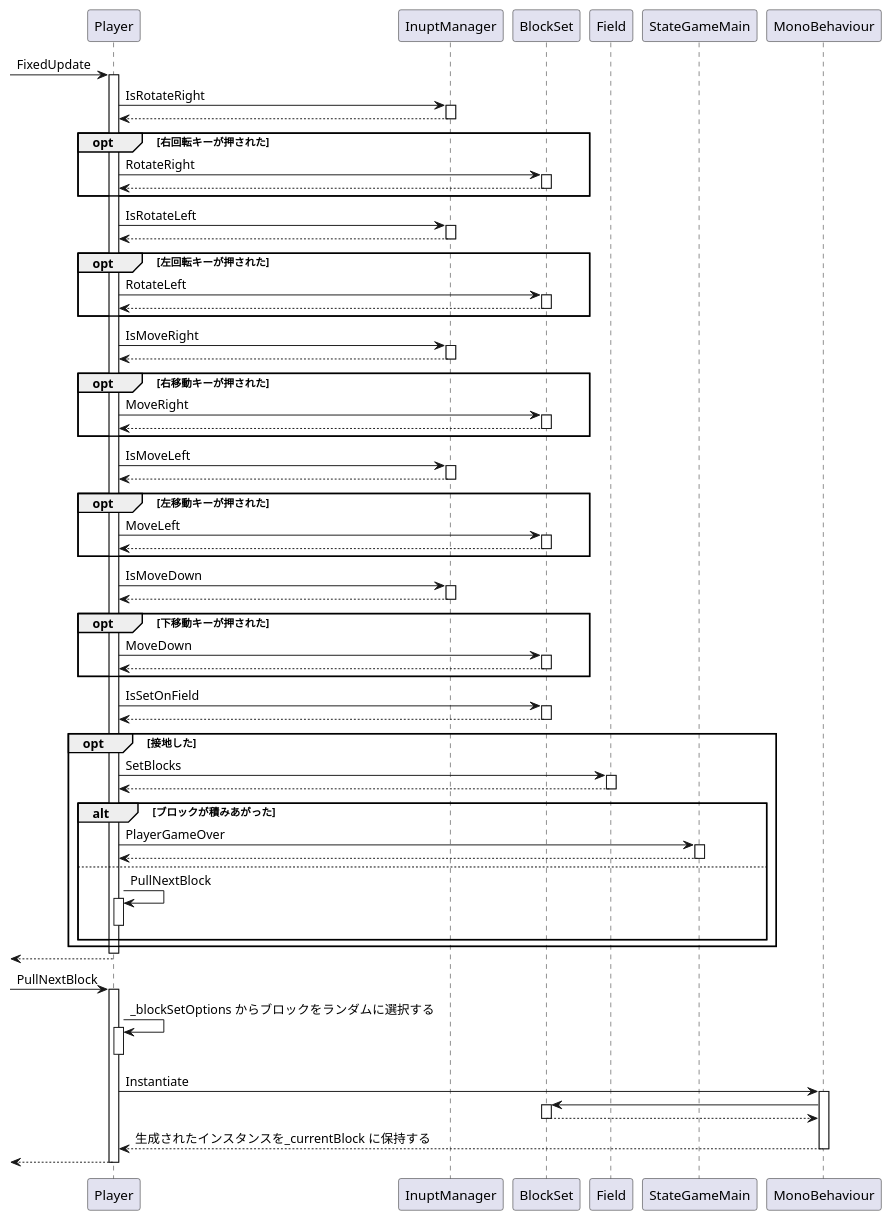
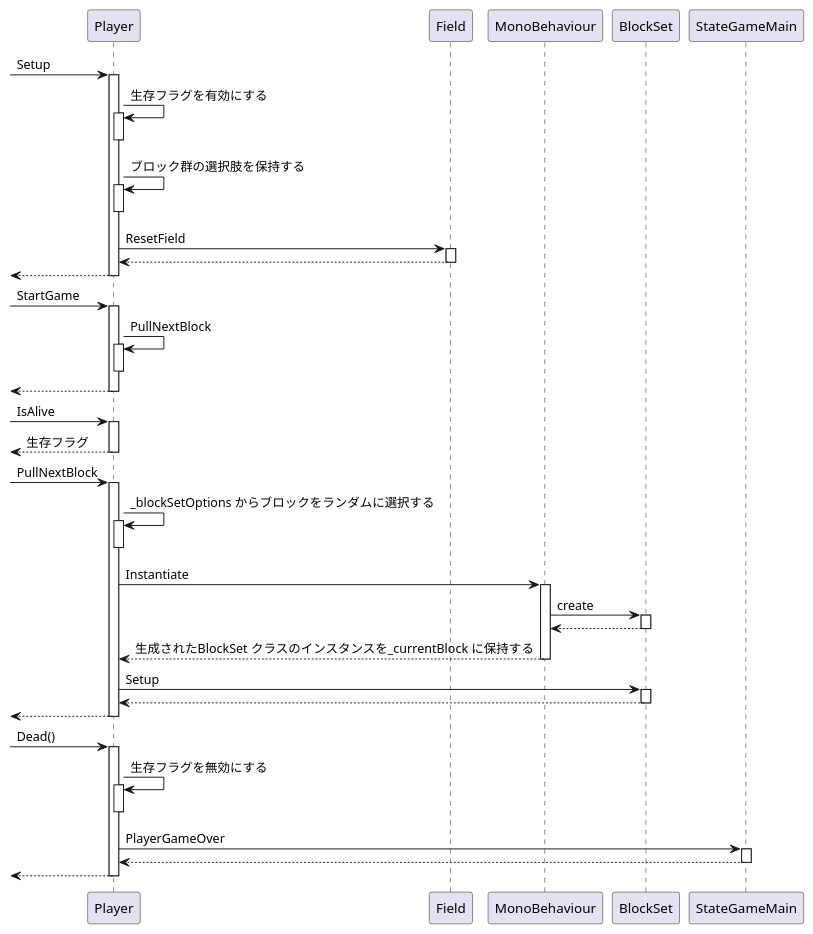
Before and after one commit to azarashin/UnityTetris: the diagram in Documents/PlantUML/SD_Player.pu, drawn with PlantUML. The commit also changed 7 other files, not shown here.

Commit message:
設計図を更新・修正。

```diff
--- a/Documents/PlantUML/SD_Player.pu
+++ b/Documents/PlantUML/SD_Player.pu
@@ -1,97 +1,65 @@
 @startuml
 
+[-> Player : Setup
+activate Player
+    Player -> Player : 生存フラグを有効にする
+    activate Player
+    deactivate Player
+    Player -> Player : ブロック群の選択肢を保持する
+    activate Player
+    deactivate Player
+    Player -> Field : ResetField
+    activate Field
+        Player <-- Field
+    deactivate Field
+    [<-- Player
+deactivate Player
 
-[-> Player : FixedUpdate
+[-> Player : StartGame
 activate Player
-    Player -> InuptManager : IsRotateRight
-    activate InuptManager
-        Player <-- InuptManager
-    deactivate InuptManager
-    opt 右回転キーが押された
-        Player -> BlockSet : RotateRight
-        activate BlockSet
-            Player <-- BlockSet
-        deactivate BlockSet
-    end
-    Player -> InuptManager : IsRotateLeft
-    activate InuptManager
-        Player <-- InuptManager
-    deactivate InuptManager
-    opt 左回転キーが押された
-        Player -> BlockSet : RotateLeft
-        activate BlockSet
-            Player <-- BlockSet
-        deactivate BlockSet
-    end
-    Player -> InuptManager : IsMoveRight
-    activate InuptManager
-        Player <-- InuptManager
-    deactivate InuptManager
-    opt 右移動キーが押された
-        Player -> BlockSet : MoveRight
-        activate BlockSet
-            Player <-- BlockSet
-        deactivate BlockSet
-    end
-    Player -> InuptManager : IsMoveLeft
-    activate InuptManager
-        Player <-- InuptManager
-    deactivate InuptManager
-    opt 左移動キーが押された
-        Player -> BlockSet : MoveLeft
-        activate BlockSet
-            Player <-- BlockSet
-        deactivate BlockSet
-    end
-    Player -> InuptManager : IsMoveDown
-    activate InuptManager
-        Player <-- InuptManager
-    deactivate InuptManager
-    opt 下移動キーが押された
-        Player -> BlockSet : MoveDown
-        activate BlockSet
-            Player <-- BlockSet
-            deactivate BlockSet
-    end
+    Player -> Player : PullNextBlock
+    activate Player
+    deactivate Player
+    [<-- Player
+deactivate Player
 
-    Player -> BlockSet : IsSetOnField
-    activate BlockSet
-        Player <-- BlockSet
-    deactivate BlockSet
-    opt 接地した
-        Player -> Field : SetBlocks
-        activate Field
-            Player <-- Field
-        deactivate Field
-        alt ブロックが積みあがった
-            Player -> StateGameMain : PlayerGameOver
-            activate StateGameMain
-                Player <-- StateGameMain
-            deactivate StateGameMain
-        else
-            Player -> Player : PullNextBlock
-            activate Player
-            deactivate Player
-        end
+[-> Player : IsAlive
+activate Player
+    [<-- Player : 生存フラグ
+deactivate Player
 
-    end
-deactivate Player
-[<-- Player
 
 [-> Player : PullNextBlock
 activate Player
     Player -> Player : _blockSetOptions からブロックをランダムに選択する
     activate Player
     deactivate Player
     Player -> MonoBehaviour : Instantiate
     activate MonoBehaviour
-        MonoBehaviour -> BlockSet
+        MonoBehaviour -> BlockSet : create
         activate BlockSet
             MonoBehaviour <-- BlockSet
         deactivate BlockSet
-        Player <-- MonoBehaviour : 生成されたインスタンスを_currentBlock に保持する
+        Player <-- MonoBehaviour : 生成されたBlockSet クラスのインスタンスを_currentBlock に保持する
     deactivate MonoBehaviour
+    Player -> BlockSet : Setup
+    activate BlockSet
+        Player <-- BlockSet
+    deactivate BlockSet
     [<-- Player
 deactivate Player
 
+[-> Player : Dead()
+activate Player
+    Player -> Player : 生存フラグを無効にする
+    activate Player
+    deactivate Player
+    Player -> StateGameMain : PlayerGameOver
+    activate StateGameMain
+        Player <-- StateGameMain
+    deactivate StateGameMain
+    [<-- Player
+deactivate Player
+
+
 @enduml
```
